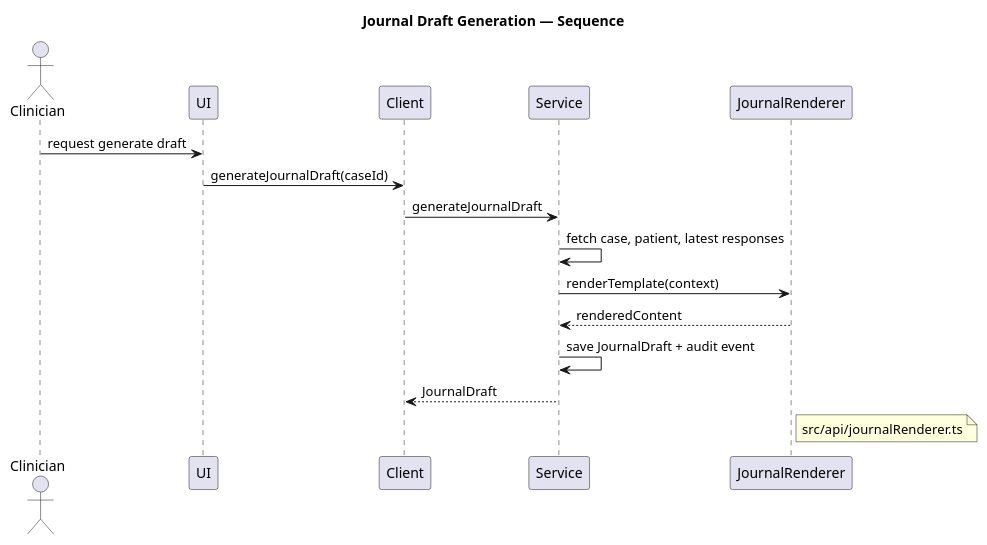
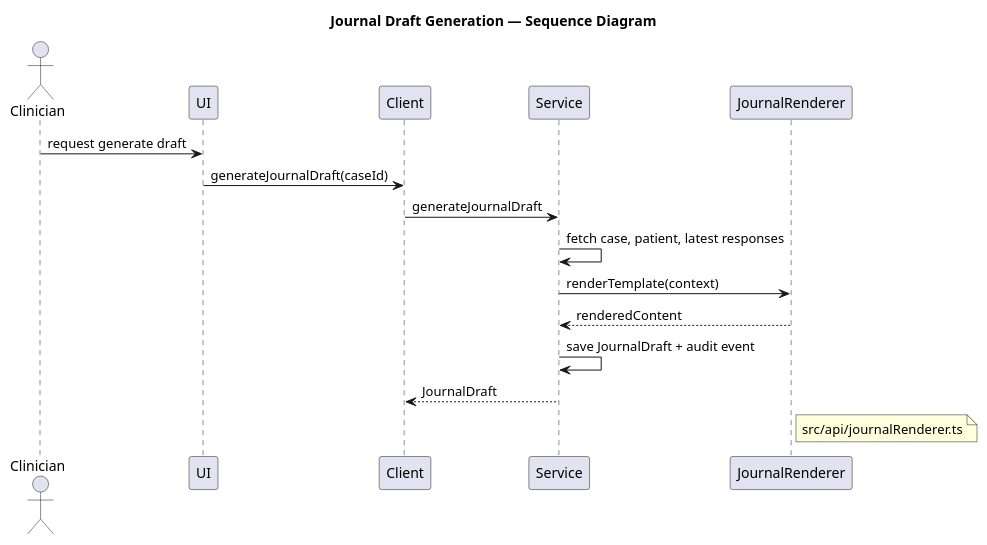
One commit to gforge/DUK changed the diagram in docs/diagrams/journal-generation.puml. Above: the diagram before and after it, drawn with PlantUML. The commit also changed 38 other files, not shown here.

```diff
--- a/docs/diagrams/journal-generation.puml
+++ b/docs/diagrams/journal-generation.puml
@@ -1,21 +1,21 @@
 @startuml
-title Journal Draft Generation — Sequence
+title Journal Draft Generation — Sequence Diagram
 
 actor Clinician
 participant "UI" as UI
 participant "Client" as Client
 participant "Service" as Service
 participant "JournalRenderer" as JR
 
 Clinician -> UI : request generate draft
 UI -> Client : generateJournalDraft(caseId)
 Client -> Service : generateJournalDraft
 Service -> Service : fetch case, patient, latest responses
 Service -> JR : renderTemplate(context)
 JR --> Service : renderedContent
 Service -> Service : save JournalDraft + audit event
 Service --> Client : JournalDraft
 
 note right of JR: src/api/journalRenderer.ts
 
 @enduml
```
